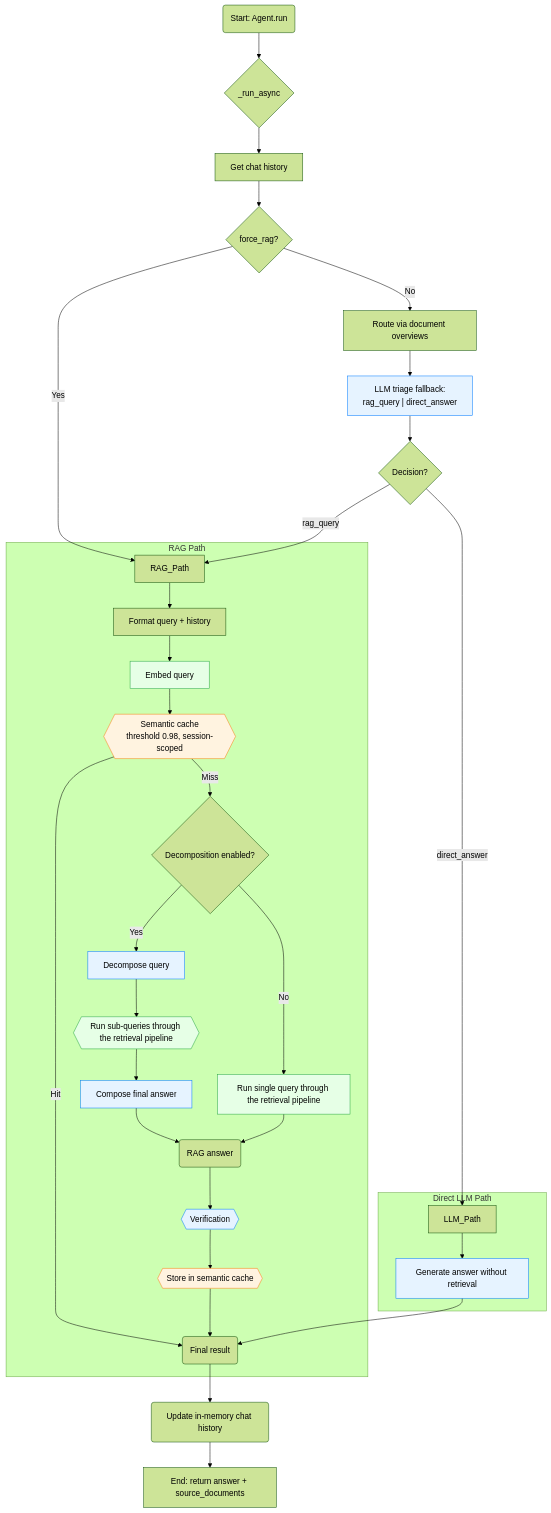
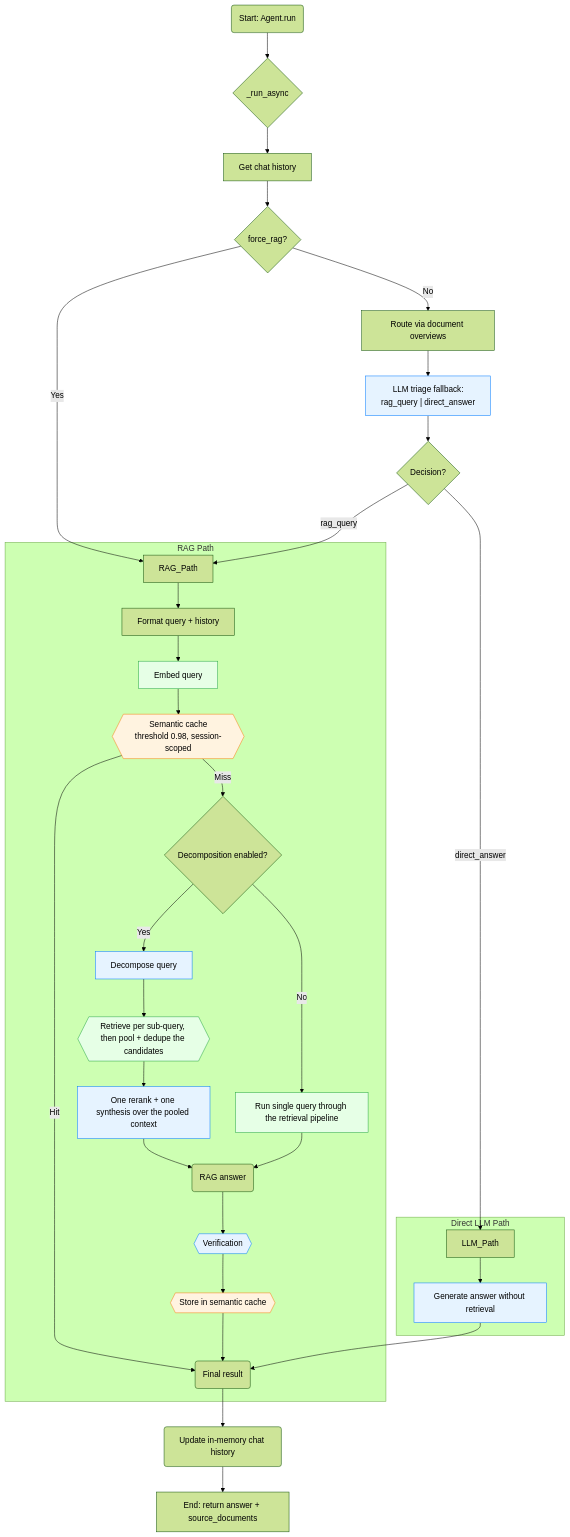
One commit to PromtEngineer/localGPT changed the second of 2 diagrams in README.md. Above: the diagram before and after it, drawn with Mermaid (forest theme). The commit also changed other lines of this file and 24 other files, not shown here.

````diff
--- a/README.md
+++ b/README.md
@@ -824,46 +838,46 @@
 ```mermaid
 graph TD
     classDef llmcall fill:#e6f3ff,stroke:#007bff;
     classDef pipeline fill:#e6ffe6,stroke:#28a745;
     classDef cache fill:#fff3e0,stroke:#fd7e14;
 
     A(Start: Agent.run) --> C{_run_async};
 
     C --> C1[Get chat history];
     C1 --> T0{force_rag?};
     T0 -- Yes --> RAG_Path;
     T0 -- No --> T1[Route via document overviews];
     T1 --> T2["LLM triage fallback:<br/>rag_query | direct_answer"]; class T2 llmcall;
     T2 --> T3{Decision?};
 
     T3 -- rag_query --> RAG_Path;
     T3 -- direct_answer --> LLM_Path;
 
     subgraph RAG Path
         RAG_Path --> R1[Format query + history];
         R1 --> R2[Embed query]; class R2 pipeline;
         R2 --> R3{{Semantic cache<br/>threshold 0.98, session-scoped}}; class R3 cache;
         R3 -- Hit --> FinalResult;
         R3 -- Miss --> R4{Decomposition enabled?};
 
         R4 -- Yes --> R5[Decompose query]; class R5 llmcall;
-        R5 --> R6{{Run sub-queries through the retrieval pipeline}}; class R6 pipeline;
-        R6 --> R8[Compose final answer]; class R8 llmcall;
+        R5 --> R6{{Retrieve per sub-query, then pool + dedupe the candidates}}; class R6 pipeline;
+        R6 --> R8[One rerank + one synthesis over the pooled context]; class R8 llmcall;
         R8 --> V1(RAG answer);
 
         R4 -- No --> R9[Run single query through the retrieval pipeline]; class R9 pipeline;
         R9 --> V1;
 
         V1 --> V2{{Verification}}; class V2 llmcall;
         V2 --> R_Cache_Store{{Store in semantic cache}}; class R_Cache_Store cache;
         R_Cache_Store --> FinalResult;
     end
 
     subgraph Direct LLM Path
         LLM_Path --> L2[Generate answer without retrieval]; class L2 llmcall;
         L2 --> FinalResult(Final result);
     end
 
     FinalResult --> R_Hist_Update(Update in-memory chat history);
     R_Hist_Update --> ZZZ["End: return answer + source_documents"];
 ```
````
